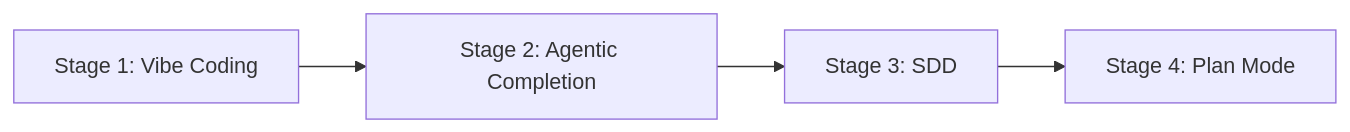
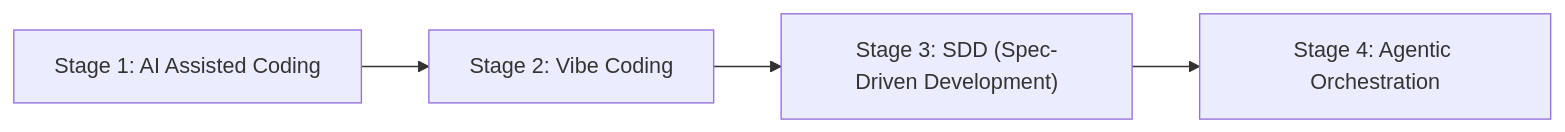
One commit to nearform/aine-ref-arch changed the third of 3 diagrams in README.md. Above: the diagram before and after it, drawn with Mermaid. The commit also changed other lines of this file, not shown here.

Commit message:
Update context engineering maturity model to 4-stage (AI assisted→vibe→SDD→orchestration)

````diff
--- a/README.md
+++ b/README.md
@@ -182,8 +189,8 @@
 ```mermaid
 flowchart LR
-  VC["Stage 1: Vibe Coding"]
-  AC["Stage 2: Agentic Completion"]
-  SDD["Stage 3: SDD"]
-  PM["Stage 4: Plan Mode"]
-  VC --> AC --> SDD --> PM
+  A1["Stage 1: AI Assisted Coding"]
+  A2["Stage 2: Vibe Coding"]
+  A3["Stage 3: SDD (Spec-Driven Development)"]
+  A4["Stage 4: Agentic Orchestration"]
+  A1 --> A2 --> A3 --> A4
 ```
````
